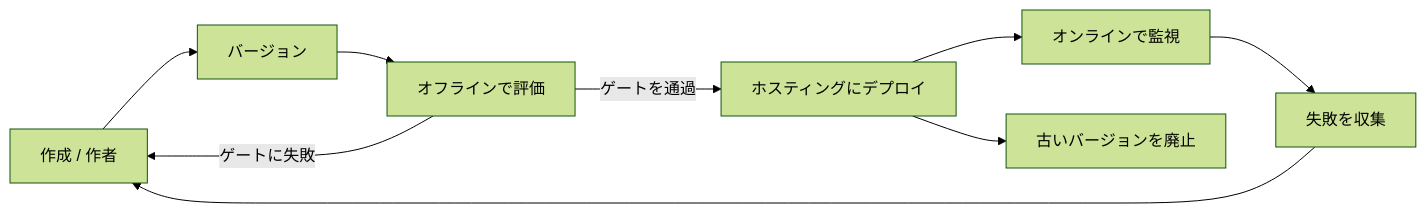
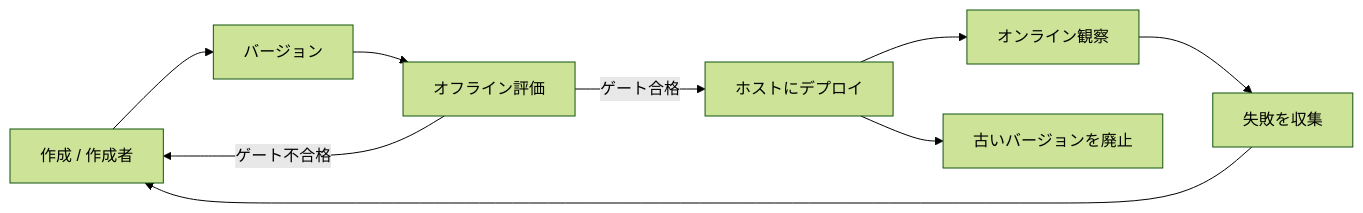
Before and after one commit to microsoft/ai-agents-for-beginners: the second of 4 diagrams in translations/ja/16-deploying-scalable-agents/README.md, drawn with Mermaid (forest theme). The commit also changed other lines of this file and 46 other files, not shown here.

````diff
--- a/translations/ja/16-deploying-scalable-agents/README.md
+++ b/translations/ja/16-deploying-scalable-agents/README.md
@@ -108,11 +108,11 @@
 ```mermaid
 flowchart LR
-    Create[作成 / 作者] --> Version[バージョン]
-    Version --> Evaluate[オフラインで評価]
-    Evaluate -->|ゲートを通過| Deploy[ホスティングにデプロイ]
-    Evaluate -->|ゲートに失敗| Create
-    Deploy --> Observe[オンラインで監視]
+    Create[作成 / 作成者] --> Version[バージョン]
+    Version --> Evaluate[オフライン評価]
+    Evaluate -->|ゲート合格| Deploy[ホストにデプロイ]
+    Evaluate -->|ゲート不合格| Create
+    Deploy --> Observe[オンライン観察]
     Observe --> Improve[失敗を収集]
     Improve --> Create
     Deploy --> Retire[古いバージョンを廃止]
 ```
````
